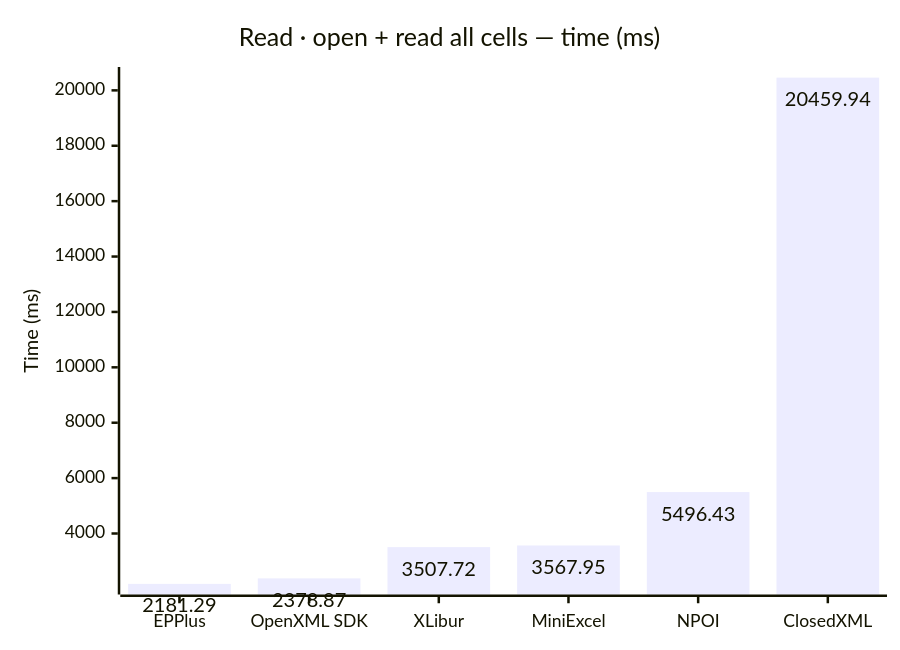
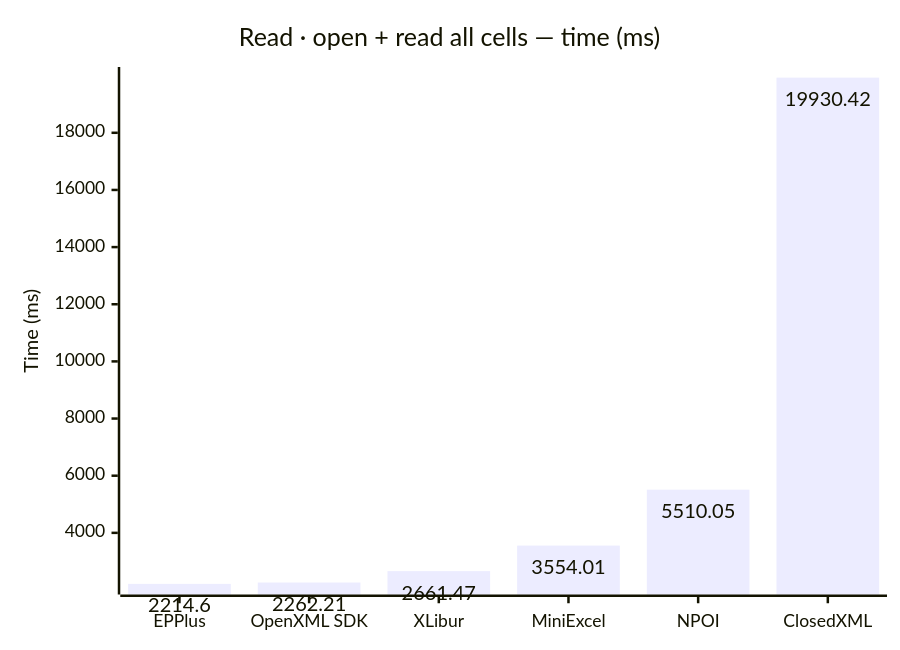
The third of 6 diagrams in docs/results.md (jafin/XLBench), drawn with Mermaid before and after one commit. The commit also changed other lines of this file and 4 other files, not shown here.

````diff
--- a/docs/results.md
+++ b/docs/results.md
@@ -60,12 +60,12 @@
 ```mermaid
 ---
 config:
   xyChart:
     showDataLabel: true
 ---
 xychart-beta
     title "Read · open + read all cells — time (ms)"
     x-axis ["EPPlus", "OpenXML SDK", "XLibur", "MiniExcel", "NPOI", "ClosedXML"]
     y-axis "Time (ms)"
-    bar [2181.29, 2378.87, 3507.72, 3567.95, 5496.43, 20459.94]
+    bar [2214.6, 2262.21, 2661.47, 3554.01, 5510.05, 19930.42]
 ```
````
